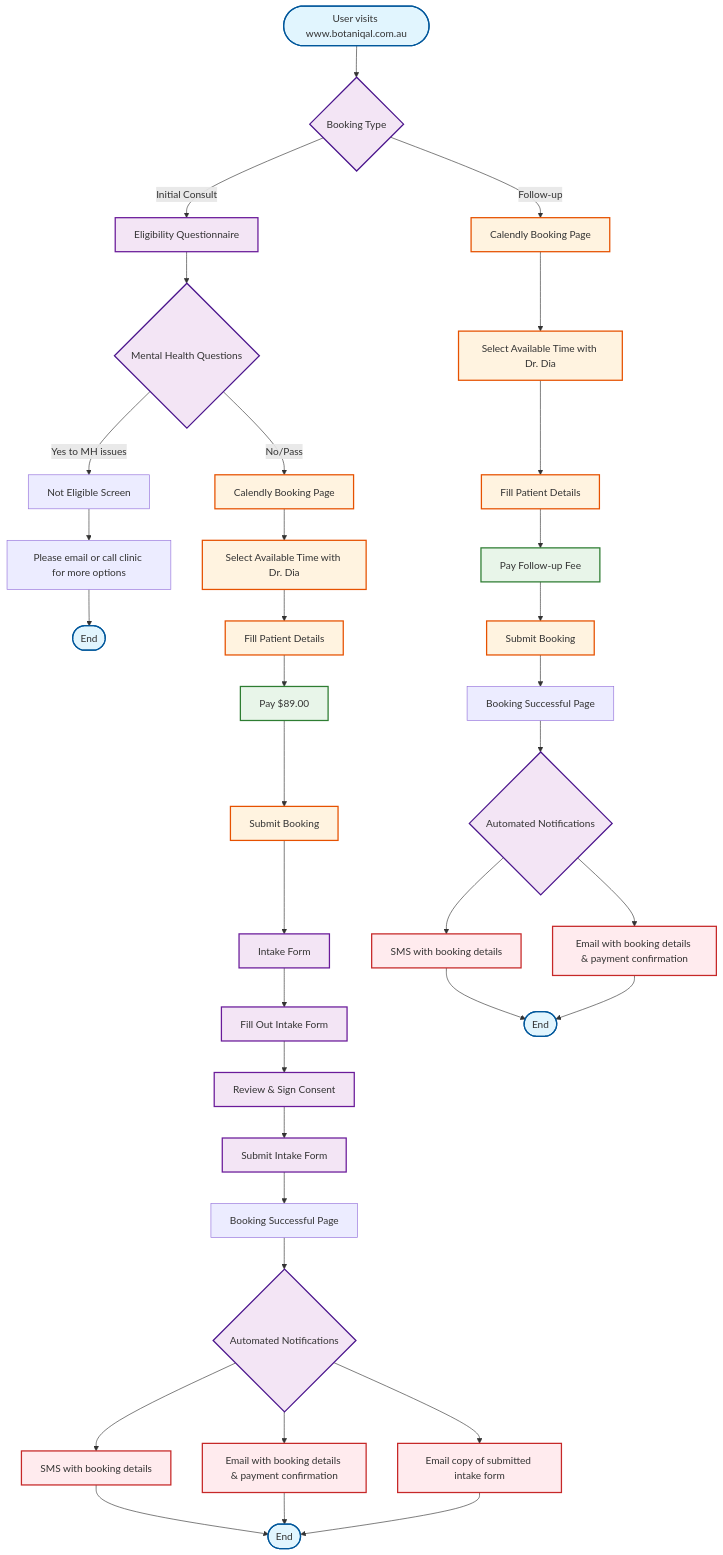
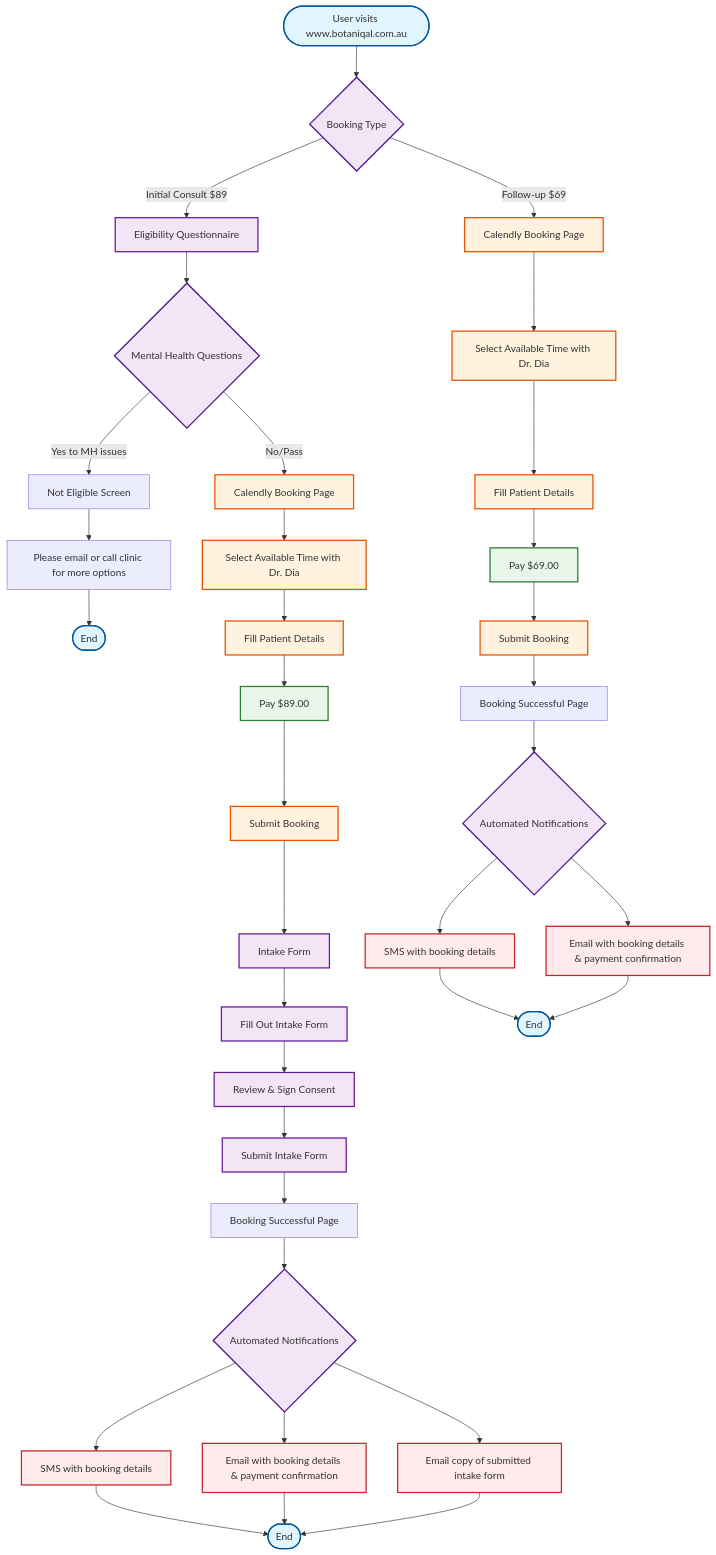
Before and after one commit to adaptationio/botanical-updates: the diagram in flowcharts/booking/current/booking-flow.md, drawn with Mermaid. The commit also changed other lines of this file and 1 other file, not shown here.

Commit message:
Add follow-up consultation pricing (9) to booking flows
- Updated current flow to show 9 initial and 9 follow-up
- Added pricing to improved flow choice options
- Clarified payment step shows both price options
- Added pricing details to payment improvements section

````diff
--- a/flowcharts/booking/current/booking-flow.md
+++ b/flowcharts/booking/current/booking-flow.md
@@ -6,70 +6,70 @@
 ```mermaid
 flowchart TD
     Start([User visits www.botaniqal.com.au]) --> Choice{Booking Type}
     
     %% Initial Consultation Path
-    Choice -->|Initial Consult| Eligibility[Eligibility Questionnaire]
+    Choice -->|Initial Consult $89| Eligibility[Eligibility Questionnaire]
     
     Eligibility --> MentalHealth{Mental Health Questions}
     MentalHealth -->|Yes to MH issues| NotEligible[Not Eligible Screen]
     MentalHealth -->|No/Pass| Calendar1[Calendly Booking Page]
     
     NotEligible --> Contact[Please email or call clinic for more options]
     Contact --> End1([End])
     
     %% Follow-up Path
-    Choice -->|Follow-up| Calendar2[Calendly Booking Page]
+    Choice -->|Follow-up $69| Calendar2[Calendly Booking Page]
     
     %% Booking Process for Initial
     Calendar1 --> SelectTime1[Select Available Time with Dr. Dia]
     SelectTime1 --> Details1[Fill Patient Details]
     Details1 --> Payment1[Pay $89.00]
     Payment1 --> Submit1[Submit Booking]
     Submit1 --> IntakeForm[Intake Form]
     
     IntakeForm --> FillIntake[Fill Out Intake Form]
     FillIntake --> Consent[Review & Sign Consent]
     Consent --> SubmitIntake[Submit Intake Form]
     
     %% Booking Process for Follow-up
     Calendar2 --> SelectTime2[Select Available Time with Dr. Dia]
     SelectTime2 --> Details2[Fill Patient Details]
-    Details2 --> Payment2[Pay Follow-up Fee]
+    Details2 --> Payment2[Pay $69.00]
     Payment2 --> Submit2[Submit Booking]
     
     %% Success Pages
     SubmitIntake --> Success1[Booking Successful Page]
     Submit2 --> Success2[Booking Successful Page]
     
     %% Notifications
     Success1 --> Notifications1{Automated Notifications}
     Success2 --> Notifications2{Automated Notifications}
     
     Notifications1 --> SMS1[SMS with booking details]
     Notifications1 --> Email1[Email with booking details & payment confirmation]
     Notifications1 --> IntakeCopy[Email copy of submitted intake form]
     
     Notifications2 --> SMS2[SMS with booking details]
     Notifications2 --> Email2[Email with booking details & payment confirmation]
     
     SMS1 --> End2([End])
     Email1 --> End2
     IntakeCopy --> End2
     SMS2 --> End3([End])
     Email2 --> End3
     
     %% Styling
     classDef startEnd fill:#e1f5fe,stroke:#01579b,stroke-width:2px
     classDef process fill:#fff3e0,stroke:#e65100,stroke-width:2px
     classDef decision fill:#f3e5f5,stroke:#4a148c,stroke-width:2px
     classDef payment fill:#e8f5e9,stroke:#2e7d32,stroke-width:2px
     classDef notification fill:#ffebee,stroke:#c62828,stroke-width:2px
     classDef form fill:#f3e5f5,stroke:#6a1b9a,stroke-width:2px
     
     class Start,End1,End2,End3 startEnd
     class Choice,MentalHealth,Notifications1,Notifications2 decision
     class Calendar1,Calendar2,SelectTime1,SelectTime2,Details1,Details2,Submit1,Submit2 process
     class Payment1,Payment2 payment
     class SMS1,SMS2,Email1,Email2,IntakeCopy notification
     class Eligibility,IntakeForm,FillIntake,Consent,SubmitIntake form
 ```
````
